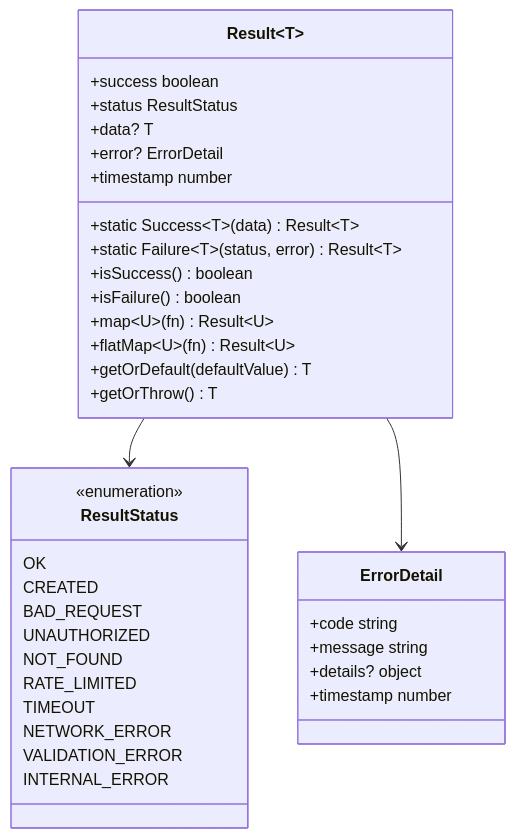
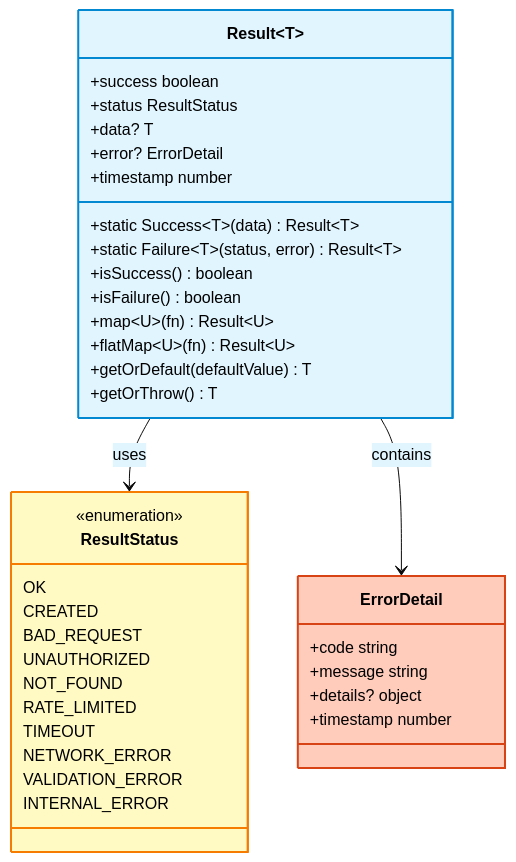
Before and after one commit to ArmandRicheletKleinberg/Ark.Alliance.Trading.Providers.Lib: the sixth of 10 diagrams in README.md, drawn with Mermaid. The commit also changed other lines of this file, not shown here.

First line of the commit message:
enhance: professional styling for main README mermaid diagrams

````diff
--- a/README.md
+++ b/README.md
@@ -508,42 +539,47 @@
 ```mermaid
+%%{init: {'theme':'base', 'themeVariables': { 'primaryColor':'#e1f5ff','primaryTextColor':'#000','primaryBorderColor':'#0288d1','classText':'#000'}}}%%
 classDiagram
     class Result~T~ {
         +success boolean
         +status ResultStatus
         +data? T
         +error? ErrorDetail
         +timestamp number
         +static Success~T~(data) Result~T~
         +static Failure~T~(status, error) Result~T~
         +isSuccess() boolean
         +isFailure() boolean
         +map~U~(fn) Result~U~
         +flatMap~U~(fn) Result~U~
         +getOrDefault(defaultValue) T
         +getOrThrow() T
     }
     
     class ResultStatus {
         <<enumeration>>
         OK
         CREATED
         BAD_REQUEST
         UNAUTHORIZED
         NOT_FOUND
         RATE_LIMITED
         TIMEOUT
         NETWORK_ERROR
         VALIDATION_ERROR
         INTERNAL_ERROR
     }
     
     class ErrorDetail {
         +code string
         +message string
         +details? object
         +timestamp number
     }
     
-    Result --> ResultStatus
-    Result --> ErrorDetail
+    Result --> ResultStatus : uses
+    Result --> ErrorDetail : contains
+    
+    style Result fill:#e1f5ff,stroke:#0288d1,stroke-width:2px
+    style ResultStatus fill:#fff9c4,stroke:#f57c00,stroke-width:2px
+    style ErrorDetail fill:#ffccbc,stroke:#d84315,stroke-width:2px
 ```
````
